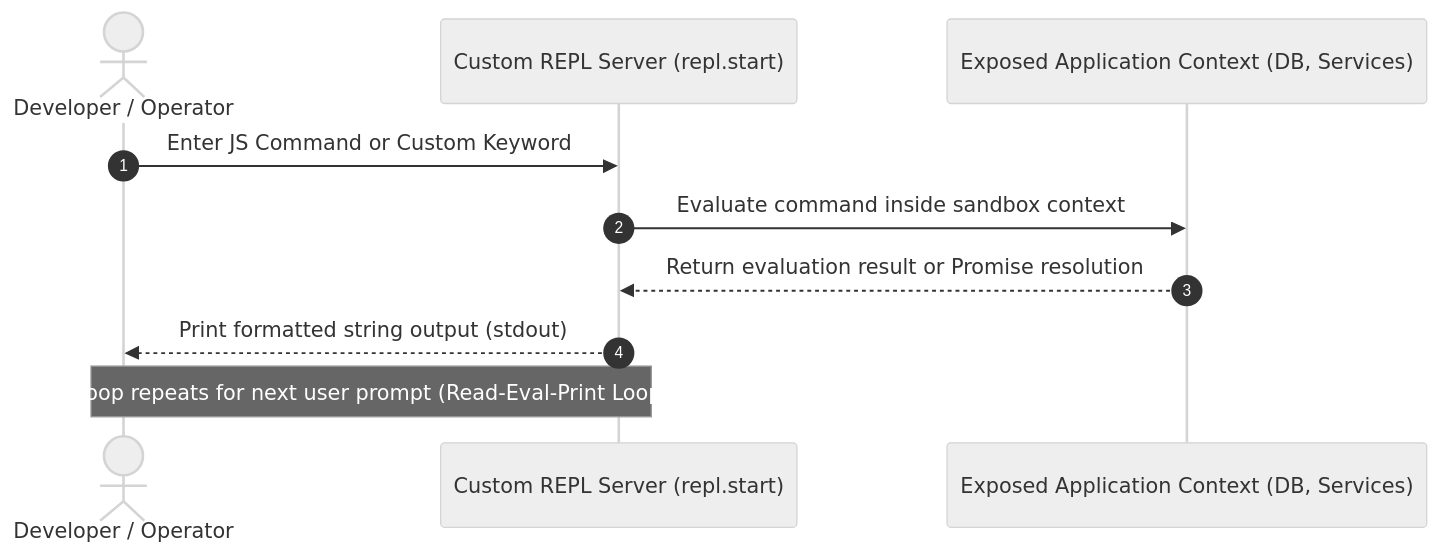
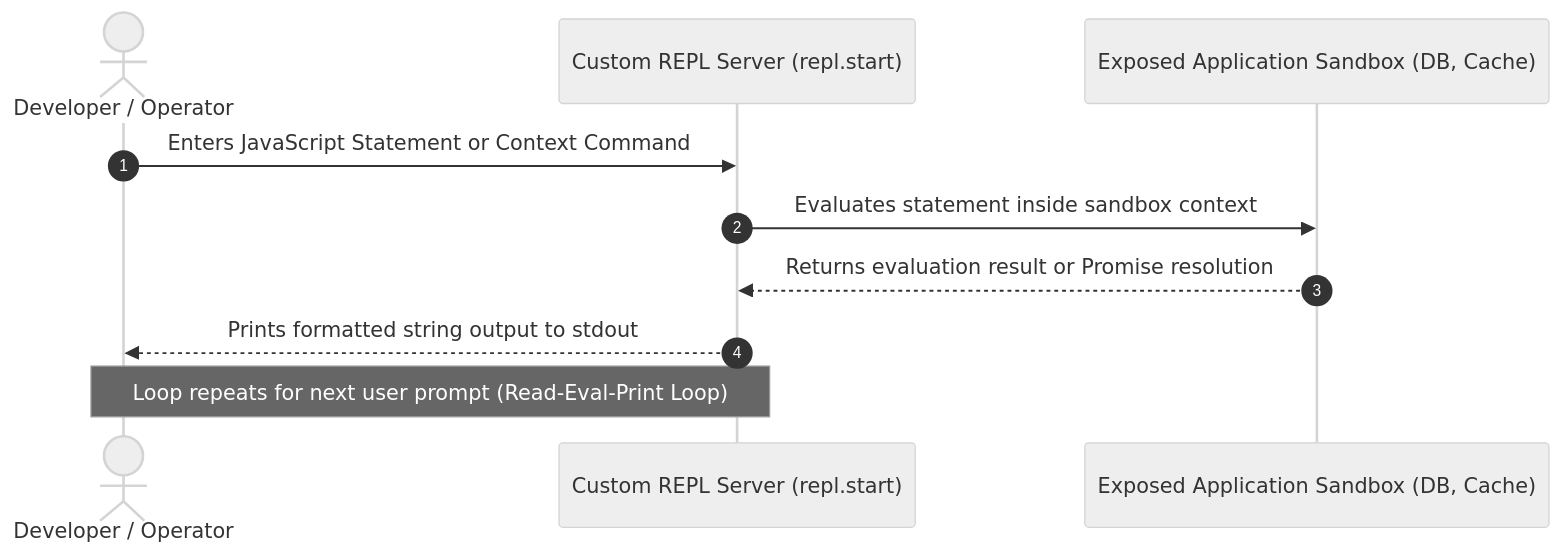
One commit to Amie-dev/engineering-playbook changed the second of 2 diagrams in nodejs-notes/20-readline-and-repl.md. Above: the diagram before and after it, drawn with Mermaid (neutral theme). The commit also changed other lines of this file and 31 other files, not shown here.

````diff
--- a/nodejs-notes/20-readline-and-repl.md
+++ b/nodejs-notes/20-readline-and-repl.md
@@ -35,13 +40,13 @@
 ```mermaid
 sequenceDiagram
     autonumber
     actor Dev as Developer / Operator
     participant REPL as Custom REPL Server (repl.start)
-    participant Context as Exposed Application Context (DB, Services)
+    participant Context as Exposed Application Sandbox (DB, Cache)
 
-    Dev->>REPL: Enter JS Command or Custom Keyword
-    REPL->>Context: Evaluate command inside sandbox context
-    Context-->>REPL: Return evaluation result or Promise resolution
-    REPL-->>Dev: Print formatted string output (stdout)
-    Note over Dev,REPL: Loop repeats for next user prompt (Read-Eval-Print Loop)
+    Dev->>REPL: Enters JavaScript Statement or Context Command
+    REPL->>Context: Evaluates statement inside sandbox context
+    Context-->>REPL: Returns evaluation result or Promise resolution
+    REPL-->>Dev: Prints formatted string output to stdout
+    note over Dev,REPL: Loop repeats for next user prompt (Read-Eval-Print Loop)
 ```
````
